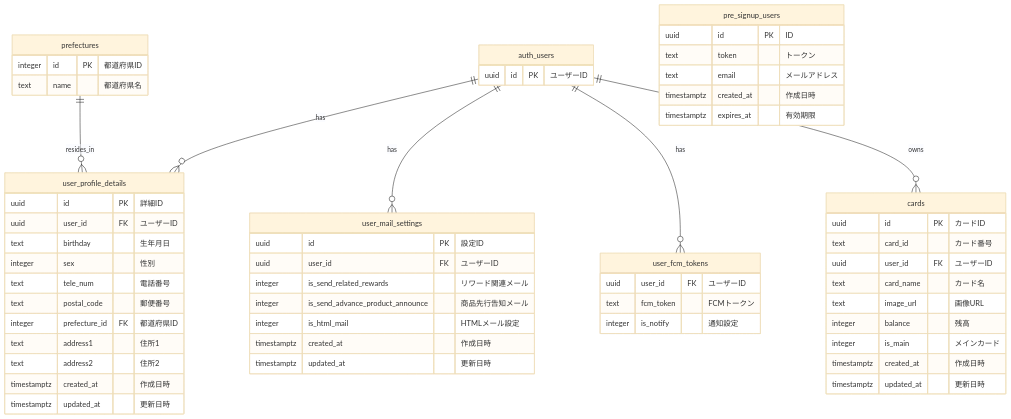
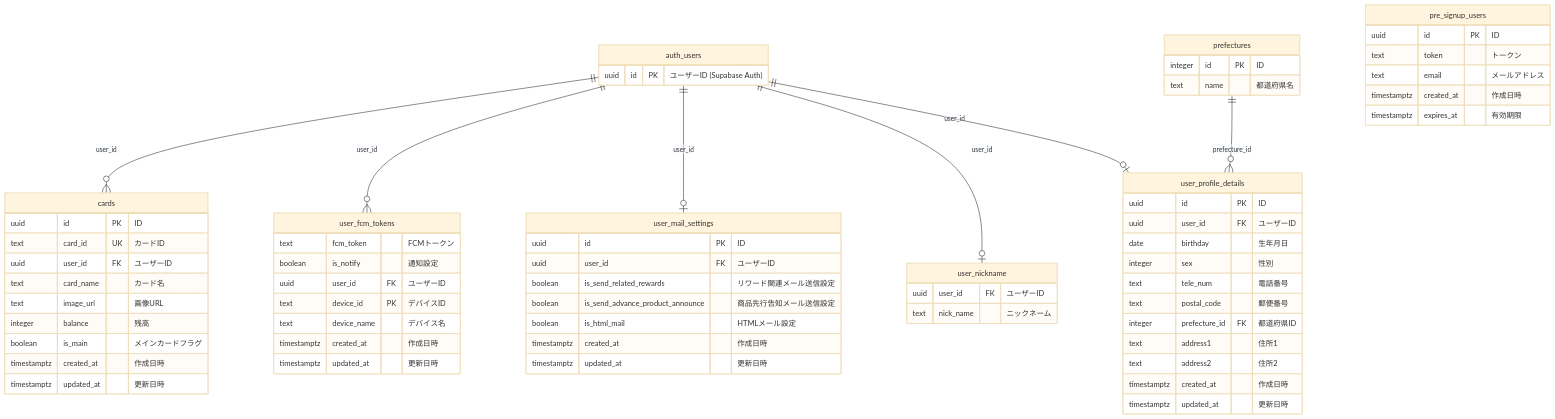
One commit to eno-conan/flutter-starbucks-clone-public changed the diagram in supabase_schema/supabase/entity_relationship/er_diagram_user.mmd. Above: the diagram before and after it, drawn with Mermaid (base theme). The commit also changed 102 other files, not shown here.

```diff
--- a/supabase_schema/supabase/entity_relationship/er_diagram_user.mmd
+++ b/supabase_schema/supabase/entity_relationship/er_diagram_user.mmd
@@ -1,67 +1,75 @@
 erDiagram
-    %% ユーザー・認証関連のER図
-    
-    auth_users ||--o{ user_profile_details : "has"
-    auth_users ||--o{ user_mail_settings : "has"
-    auth_users ||--o{ user_fcm_tokens : "has"
-    auth_users ||--o{ cards : "owns"
-    prefectures ||--o{ user_profile_details : "resides_in"
-    
+    auth_users ||--o{ cards : "user_id"
+    auth_users ||--o{ user_fcm_tokens : "user_id"
+    auth_users ||--o| user_mail_settings : "user_id"
+    auth_users ||--o| user_nickname : "user_id"
+    auth_users ||--o| user_profile_details : "user_id"
+    prefectures ||--o{ user_profile_details : "prefecture_id"
+
     auth_users {
-        uuid id PK "ユーザーID"
+        uuid id PK "ユーザーID (Supabase Auth)"
     }
-    
+
     user_profile_details {
-        uuid id PK "詳細ID"
+        uuid id PK "ID"
         uuid user_id FK "ユーザーID"
-        text birthday "生年月日"
+        date birthday "生年月日"
         integer sex "性別"
         text tele_num "電話番号"
         text postal_code "郵便番号"
         integer prefecture_id FK "都道府県ID"
         text address1 "住所1"
         text address2 "住所2"
         timestamptz created_at "作成日時"
         timestamptz updated_at "更新日時"
     }
-    
+
     user_mail_settings {
-        uuid id PK "設定ID"
+        uuid id PK "ID"
         uuid user_id FK "ユーザーID"
-        integer is_send_related_rewards "リワード関連メール"
-        integer is_send_advance_product_announce "商品先行告知メール"
-        integer is_html_mail "HTMLメール設定"
+        boolean is_send_related_rewards "リワード関連メール送信設定"
+        boolean is_send_advance_product_announce "商品先行告知メール送信設定"
+        boolean is_html_mail "HTMLメール設定"
         timestamptz created_at "作成日時"
         timestamptz updated_at "更新日時"
     }
-    
+
+    user_nickname {
+        uuid user_id FK "ユーザーID"
+        text nick_name "ニックネーム"
+    }
+
     user_fcm_tokens {
+        text fcm_token "FCMトークン"
+        boolean is_notify "通知設定"
         uuid user_id FK "ユーザーID"
-        text fcm_token "FCMトークン"
-        integer is_notify "通知設定"
-    }
-    
-    cards {
-        uuid id PK "カードID"
-        text card_id "カード番号"
-        uuid user_id FK "ユーザーID"
-        text card_name "カード名"
-        text image_url "画像URL"
-        integer balance "残高"
-        integer is_main "メインカード"
+        text device_id PK "デバイスID"
+        text device_name "デバイス名"
         timestamptz created_at "作成日時"
         timestamptz updated_at "更新日時"
     }
-    
-    prefectures {
-        integer id PK "都道府県ID"
-        text name "都道府県名"
-    }
-    
+
     pre_signup_users {
         uuid id PK "ID"
         text token "トークン"
         text email "メールアドレス"
         timestamptz created_at "作成日時"
         timestamptz expires_at "有効期限"
     }
+
+    cards {
+        uuid id PK "ID"
+        text card_id UK "カードID"
+        uuid user_id FK "ユーザーID"
+        text card_name "カード名"
+        text image_url "画像URL"
+        integer balance "残高"
+        boolean is_main "メインカードフラグ"
+        timestamptz created_at "作成日時"
+        timestamptz updated_at "更新日時"
+    }
+
+    prefectures {
+        integer id PK "ID"
+        text name "都道府県名"
+    }
```
